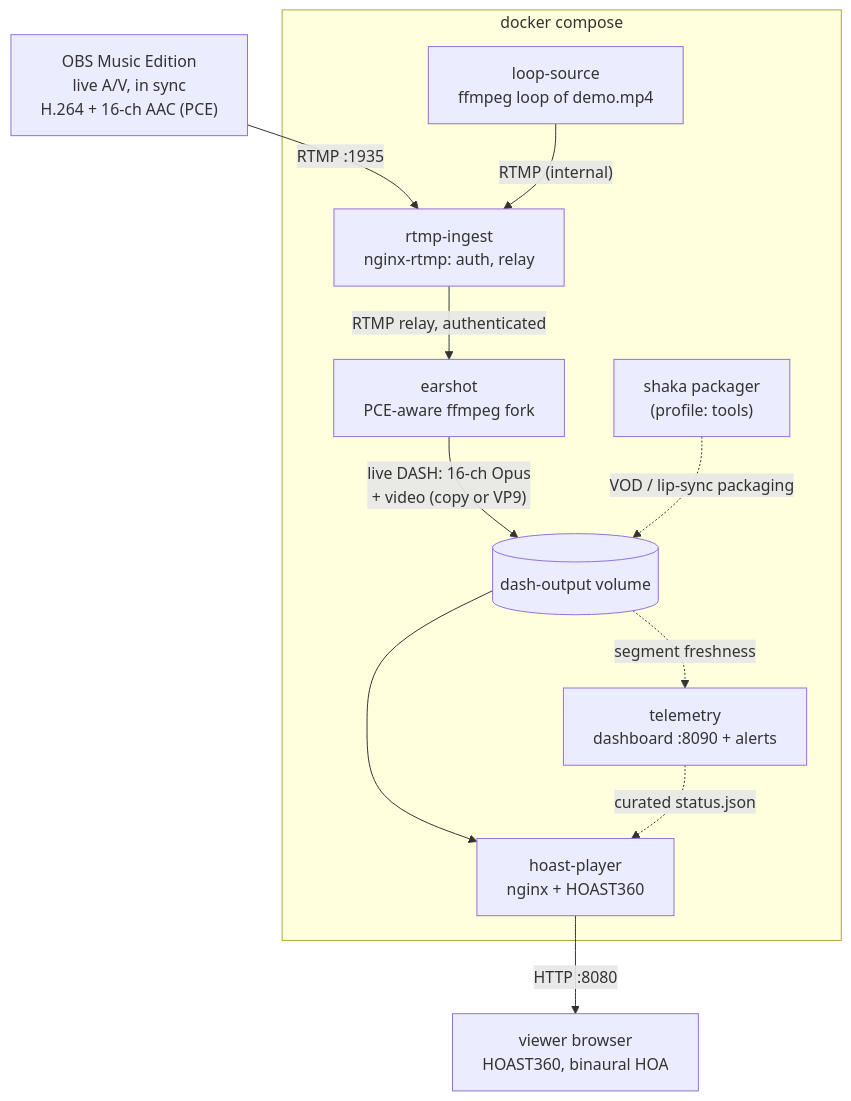
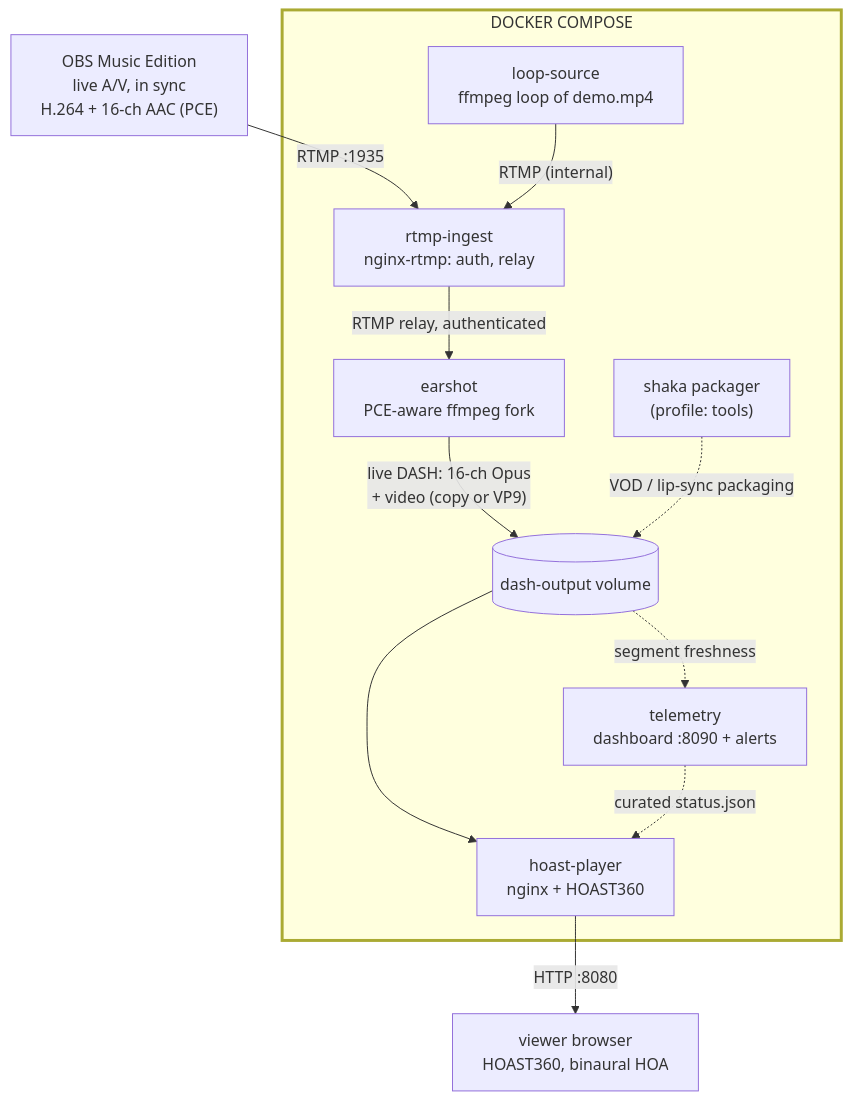
The diagram in README.md (mormegil6/ambisonic-box), drawn with Mermaid before and after one commit. The commit also changed 1 other file, not shown here.

Commit message:
Correct the caption note: the audio never changed, the old constants were rough
Measuring the previously published 120 s master with the same method puts its
reads at 2.88 / 3.80 / 4.68 / 5.66 / 6.82 / 7.66 s against 2.86 / 3.80 / 4.68 /
5.66 / 6.82 / 7.64 in the new ProRes - agreement to within one 0.02 s analysis
hop. So the re-render did not shift the phase; the earlier constants were just
a rounder first pass, and these are the same words located more precisely.
Folding the old master's later events back by 11.083333 s lands them on 2.88
again, confirming the loop period exactly.

Also make the compose block read as the primary one: uppercase title and a
heavier border, both core mermaid so no renderer-version risk.

````diff
--- a/README.md
+++ b/README.md
@@ -13,26 +13,27 @@
 ```mermaid
 flowchart TD
     OBS["OBS Music Edition<br/>live A/V, in sync<br/>H.264 + 16-ch AAC (PCE)"]
 
-    subgraph COMPOSE["docker compose"]
+    subgraph COMPOSE["DOCKER COMPOSE"]
         INGEST["rtmp-ingest<br/>nginx-rtmp: auth, relay"]
         LOOP["loop-source<br/>ffmpeg loop of demo.mp4"]
         EARSHOT["earshot<br/>PCE-aware ffmpeg fork"]
         VOL[("dash-output volume")]
         SHAKA["shaka packager<br/>(profile: tools)"]
         TELEM["telemetry<br/>dashboard :8090 + alerts"]
         PLAYER["hoast-player<br/>nginx + HOAST360"]
     end
 
     VIEWER["viewer browser<br/>HOAST360, binaural HOA"]
 
     OBS -- "RTMP :1935" --> INGEST
     LOOP -- "RTMP (internal)" --> INGEST
     INGEST -- "RTMP relay, authenticated" --> EARSHOT
     EARSHOT -- "live DASH: 16-ch Opus<br/>+ video (copy or VP9)" --> VOL
     SHAKA -. "VOD / lip-sync packaging" .-> VOL
     VOL --> PLAYER
     VOL -. "segment freshness" .-> TELEM
     TELEM -. "curated status.json" .-> PLAYER
     PLAYER -- "HTTP :8080" --> VIEWER
+    style COMPOSE stroke-width:3px
 ```
````
